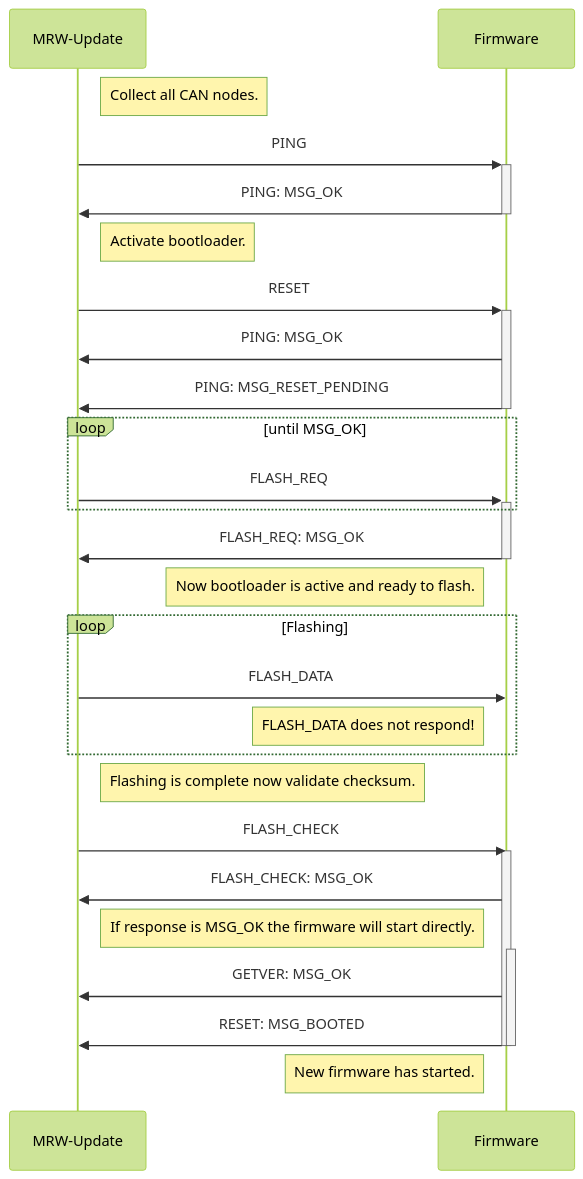
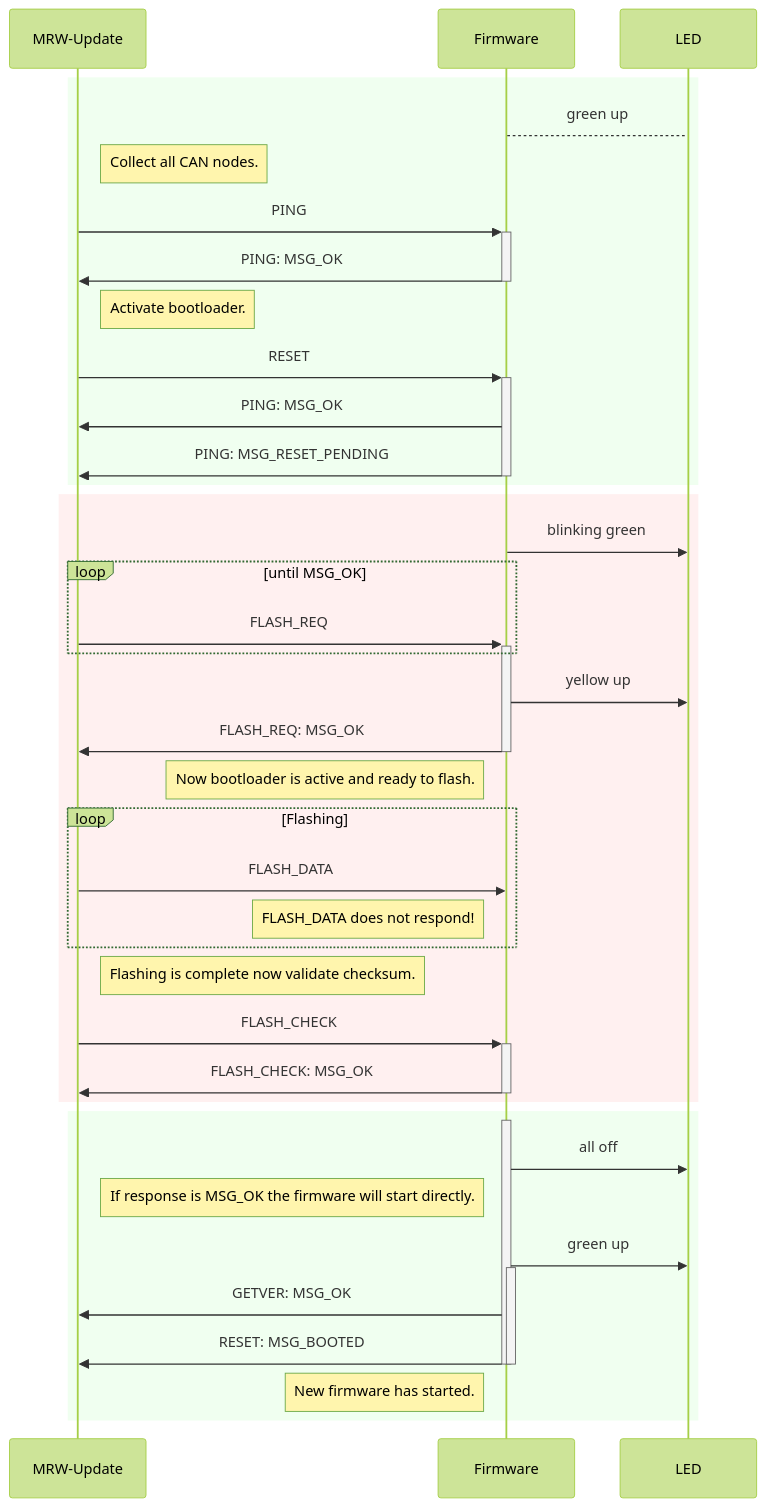
Before and after one commit to stmork/mrw-track-control-ng: the diagram in tools/update/README.md, drawn with Mermaid (forest theme). The commit also changed other lines of this file and 4 other files, not shown here.

````diff
--- a/tools/update/README.md
+++ b/tools/update/README.md
@@ -17,38 +30,53 @@
 ```mermaid
 sequenceDiagram
 	Participant T as MRW-Update
 	Participant F as Firmware
 
-	Note right of T: Collect all CAN nodes.
-	T ->> +F: PING
-	F ->> -T: PING: MSG_OK
+	rect rgb(240,255,240)
+		F --> LED: green up
 
-	Note right of T: Activate bootloader.
-	T ->> +F: RESET
-	F ->>  T: PING: MSG_OK
-	F ->> -T: PING: MSG_RESET_PENDING
-	loop until MSG_OK
-		T ->> +F: FLASH_REQ
-	end
-	F ->> -T: FLASH_REQ: MSG_OK
+		Note right of T: Collect all CAN nodes.
+		T ->> +F: PING
+		F ->> -T: PING: MSG_OK
 
-	Note left of F: Now bootloader is active and ready to flash.
-	loop Flashing
-		T ->> F: FLASH_DATA
-	Note left of F: FLASH_DATA does not respond!
+		Note right of T: Activate bootloader.
+		T ->> +F: RESET
+		F ->>  T: PING: MSG_OK
+		F ->> -T: PING: MSG_RESET_PENDING
 	end
 
-	Note right of T: Flashing is complete now validate checksum.
-	T ->> F: FLASH_CHECK
-	activate F
+	rect rgb(255,240,240)
+		F ->> LED: blinking green
+		loop until MSG_OK
+			T ->> +F: FLASH_REQ
+		end
+		F ->> LED: yellow up
+		F ->> -T: FLASH_REQ: MSG_OK
 
-	F ->> T: FLASH_CHECK: MSG_OK
-	Note left of F: If response is MSG_OK the firmware will start directly.
-	activate F
+		Note left of F: Now bootloader is active and ready to flash.
+		loop Flashing
+			T ->> F: FLASH_DATA
+		Note left of F: FLASH_DATA does not respond!
+		end
 
-	F ->> T: GETVER: MSG_OK
-	F ->> T: RESET: MSG_BOOTED
-	deactivate F
-	deactivate F
-	Note left of F: New firmware has started.
+		Note right of T: Flashing is complete now validate checksum.
+		T ->> +F: FLASH_CHECK
+
+		F ->> -T: FLASH_CHECK: MSG_OK
+	end
+
+	rect rgb(240,255,240)
+		activate F
+		F ->> LED: all off
+
+		Note left of F: If response is MSG_OK the firmware will start directly.
+		F ->> LED: green up
+		activate F
+
+		F ->> T: GETVER: MSG_OK
+		F ->> T: RESET: MSG_BOOTED
+		deactivate F
+		deactivate F
+		Note left of F: New firmware has started.
+	end
 ```
````
